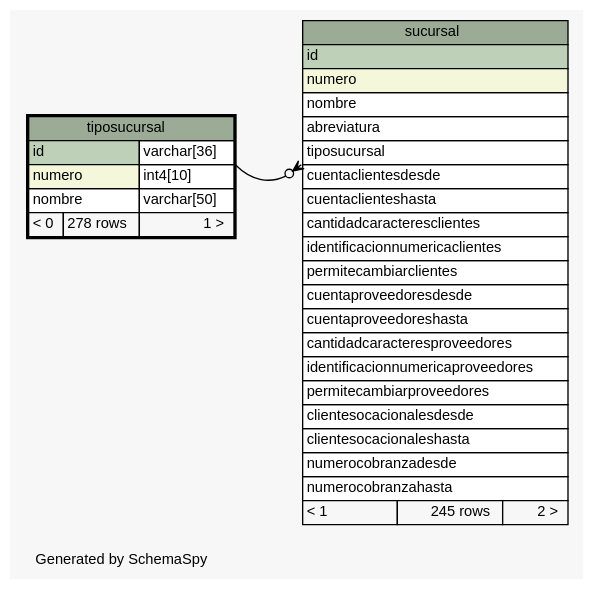
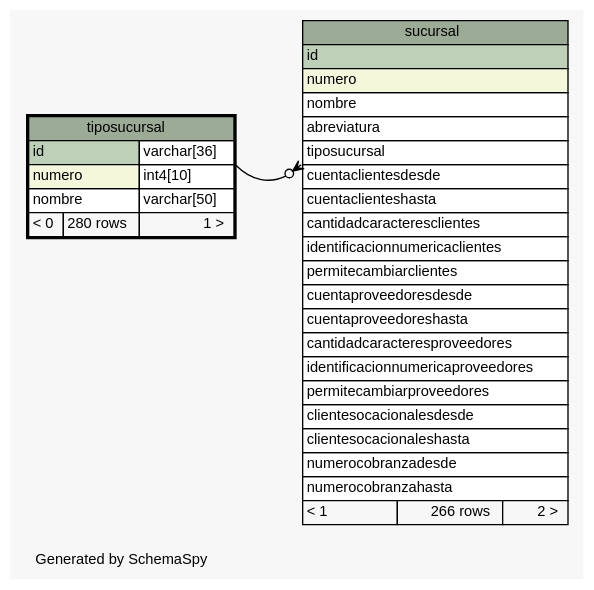
The diagram in postgresql/schemaSpy/salida/diagrams/tiposucursal.1degree.dot (diegopablomansilla/massoftware_front), drawn with Graphviz before and after one commit. The commit also changed 546 other files, not shown here.

```diff
--- a/postgresql/schemaSpy/salida/diagrams/tiposucursal.1degree.dot
+++ b/postgresql/schemaSpy/salida/diagrams/tiposucursal.1degree.dot
@@ -1,63 +1,63 @@
 // dot 2.2.1 on Windows 10 10.0
 // SchemaSpy rev 590
 digraph "oneDegreeRelationshipsDiagram" {
   graph [
     rankdir="RL"
     bgcolor="#f7f7f7"
     label="\nGenerated by SchemaSpy"
     labeljust="l"
     nodesep="0.18"
     ranksep="0.46"
     fontname="Helvetica"
     fontsize="11"
   ];
   node [
     fontname="Helvetica"
     fontsize="11"
     shape="plaintext"
   ];
   edge [
     arrowsize="0.8"
   ];
   "sucursal":"tiposucursal":sw -> "tiposucursal":"id.type":se [arrowhead=none dir=back arrowtail=crowodot];
   "sucursal" [
     label=<
     <TABLE BORDER="0" CELLBORDER="1" CELLSPACING="0" BGCOLOR="#ffffff">
       <TR><TD COLSPAN="3" BGCOLOR="#9bab96" ALIGN="CENTER">sucursal</TD></TR>
       <TR><TD PORT="id" COLSPAN="3" BGCOLOR="#bed1b8" ALIGN="LEFT">id</TD></TR>
       <TR><TD PORT="numero" COLSPAN="3" BGCOLOR="#f4f7da" ALIGN="LEFT">numero</TD></TR>
       <TR><TD PORT="nombre" COLSPAN="3" ALIGN="LEFT">nombre</TD></TR>
       <TR><TD PORT="abreviatura" COLSPAN="3" ALIGN="LEFT">abreviatura</TD></TR>
       <TR><TD PORT="tiposucursal" COLSPAN="3" ALIGN="LEFT">tiposucursal</TD></TR>
       <TR><TD PORT="cuentaclientesdesde" COLSPAN="3" ALIGN="LEFT">cuentaclientesdesde</TD></TR>
       <TR><TD PORT="cuentaclienteshasta" COLSPAN="3" ALIGN="LEFT">cuentaclienteshasta</TD></TR>
       <TR><TD PORT="cantidadcaracteresclientes" COLSPAN="3" ALIGN="LEFT">cantidadcaracteresclientes</TD></TR>
       <TR><TD PORT="identificacionnumericaclientes" COLSPAN="3" ALIGN="LEFT">identificacionnumericaclientes</TD></TR>
       <TR><TD PORT="permitecambiarclientes" COLSPAN="3" ALIGN="LEFT">permitecambiarclientes</TD></TR>
       <TR><TD PORT="cuentaproveedoresdesde" COLSPAN="3" ALIGN="LEFT">cuentaproveedoresdesde</TD></TR>
       <TR><TD PORT="cuentaproveedoreshasta" COLSPAN="3" ALIGN="LEFT">cuentaproveedoreshasta</TD></TR>
       <TR><TD PORT="cantidadcaracteresproveedores" COLSPAN="3" ALIGN="LEFT">cantidadcaracteresproveedores</TD></TR>
       <TR><TD PORT="identificacionnumericaproveedores" COLSPAN="3" ALIGN="LEFT">identificacionnumericaproveedores</TD></TR>
       <TR><TD PORT="permitecambiarproveedores" COLSPAN="3" ALIGN="LEFT">permitecambiarproveedores</TD></TR>
       <TR><TD PORT="clientesocacionalesdesde" COLSPAN="3" ALIGN="LEFT">clientesocacionalesdesde</TD></TR>
       <TR><TD PORT="clientesocacionaleshasta" COLSPAN="3" ALIGN="LEFT">clientesocacionaleshasta</TD></TR>
       <TR><TD PORT="numerocobranzadesde" COLSPAN="3" ALIGN="LEFT">numerocobranzadesde</TD></TR>
       <TR><TD PORT="numerocobranzahasta" COLSPAN="3" ALIGN="LEFT">numerocobranzahasta</TD></TR>
-      <TR><TD ALIGN="LEFT" BGCOLOR="#f7f7f7">&lt; 1</TD><TD ALIGN="RIGHT" BGCOLOR="#f7f7f7">245 rows</TD><TD ALIGN="RIGHT" BGCOLOR="#f7f7f7">2 &gt;</TD></TR>
+      <TR><TD ALIGN="LEFT" BGCOLOR="#f7f7f7">&lt; 1</TD><TD ALIGN="RIGHT" BGCOLOR="#f7f7f7">266 rows</TD><TD ALIGN="RIGHT" BGCOLOR="#f7f7f7">2 &gt;</TD></TR>
     </TABLE>>
     URL="sucursal.html"
     tooltip="sucursal"
   ];
   "tiposucursal" [
     label=<
     <TABLE BORDER="2" CELLBORDER="1" CELLSPACING="0" BGCOLOR="#ffffff">
       <TR><TD COLSPAN="3" BGCOLOR="#9bab96" ALIGN="CENTER">tiposucursal</TD></TR>
       <TR><TD PORT="id" COLSPAN="2" BGCOLOR="#bed1b8" ALIGN="LEFT">id</TD><TD PORT="id.type" ALIGN="LEFT">varchar[36]</TD></TR>
       <TR><TD PORT="numero" COLSPAN="2" BGCOLOR="#f4f7da" ALIGN="LEFT">numero</TD><TD PORT="numero.type" ALIGN="LEFT">int4[10]</TD></TR>
       <TR><TD PORT="nombre" COLSPAN="2" ALIGN="LEFT">nombre</TD><TD PORT="nombre.type" ALIGN="LEFT">varchar[50]</TD></TR>
-      <TR><TD ALIGN="LEFT" BGCOLOR="#f7f7f7">&lt; 0</TD><TD ALIGN="RIGHT" BGCOLOR="#f7f7f7">278 rows</TD><TD ALIGN="RIGHT" BGCOLOR="#f7f7f7">1 &gt;</TD></TR>
+      <TR><TD ALIGN="LEFT" BGCOLOR="#f7f7f7">&lt; 0</TD><TD ALIGN="RIGHT" BGCOLOR="#f7f7f7">280 rows</TD><TD ALIGN="RIGHT" BGCOLOR="#f7f7f7">1 &gt;</TD></TR>
     </TABLE>>
     URL="tiposucursal.html"
     tooltip="tiposucursal"
   ];
 }
```
